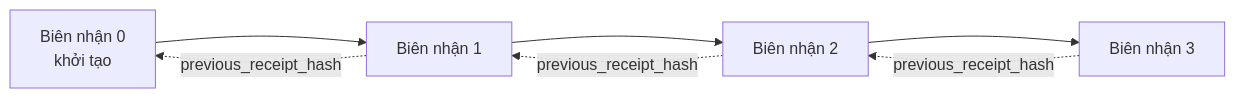
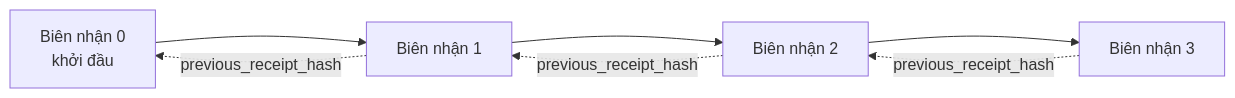
One commit to gabrielmoreira/agent-skills-mirror changed the second of 2 diagrams in mirrors/repos/microsoft@ai-agents-for-beginners/translations/vi/18-securing-ai-agents/README.md. Above: the diagram before and after it, drawn with Mermaid. The commit also changed other lines of this file and 4262 other files, not shown here.

````diff
--- a/mirrors/repos/microsoft@ai-agents-for-beginners/translations/vi/18-securing-ai-agents/README.md
+++ b/mirrors/repos/microsoft@ai-agents-for-beginners/translations/vi/18-securing-ai-agents/README.md
@@ -206,9 +203,9 @@
 ```mermaid
 flowchart LR
-    R0[Biên nhận 0<br/>khởi tạo] --> R1[Biên nhận 1]
+    R0[Biên nhận 0<br/>khởi đầu] --> R1[Biên nhận 1]
     R1 --> R2[Biên nhận 2]
     R2 --> R3[Biên nhận 3]
     R1 -. previous_receipt_hash .-> R0
     R2 -. previous_receipt_hash .-> R1
     R3 -. previous_receipt_hash .-> R2
 ```
````
